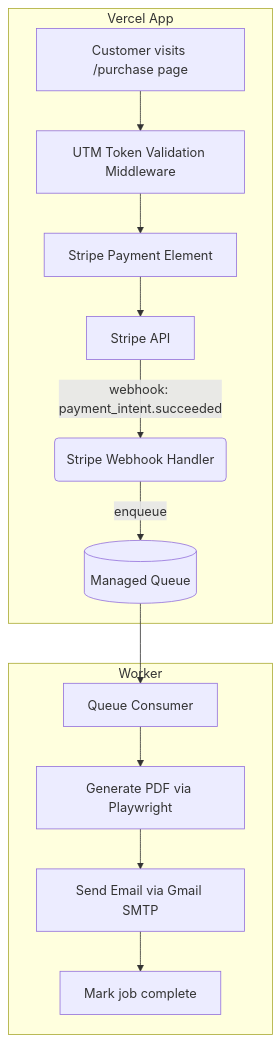
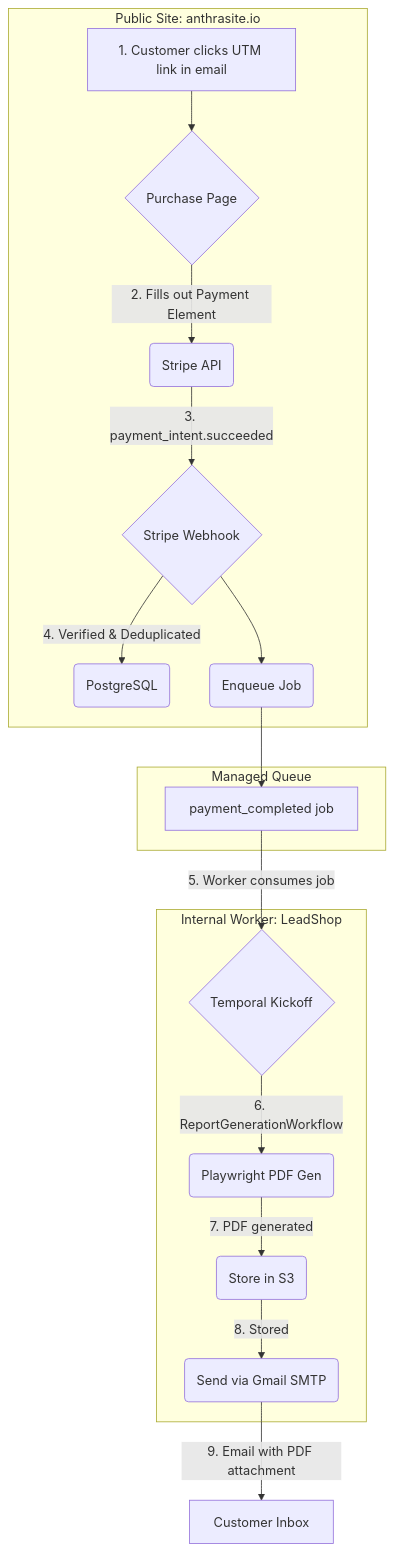
Before and after one commit to mirqtio/anthrasite.io: the diagram in SYSTEM.md, drawn with Mermaid. The commit also changed other lines of this file and 21 other files, not shown here.

````diff
--- a/SYSTEM.md
+++ b/SYSTEM.md
@@ -34,17 +22,23 @@
 ```mermaid
 graph TD
-    subgraph Vercel App
-        A[Customer visits /purchase page] --> M[UTM Token Validation Middleware];
-        M --> B[Stripe Payment Element];
-        B --> C[Stripe API];
-        C -- webhook: payment_intent.succeeded --> D(Stripe Webhook Handler);
-        D -->|enqueue| E[(Managed Queue)];
+    subgraph Vercel [Public Site: anthrasite.io]
+        A[1. Customer clicks UTM link in email] --> B{Purchase Page};
+        B -- 2. Fills out Payment Element --> C(Stripe API);
+        C -- 3. payment_intent.succeeded --> D{Stripe Webhook};
+        D -- 4. Verified & Deduplicated --> E(PostgreSQL);
+        D --> F(Enqueue Job);
     end
 
-    subgraph Worker
-        E --> F[Queue Consumer];
-        F --> G[Generate PDF via Playwright];
-        G --> H[Send Email via Gmail SMTP];
-        H --> I[Mark job complete];
+    subgraph Queue [Managed Queue]
+        F --> G[payment_completed job];
     end
+
+    subgraph MacMini [Internal Worker: LeadShop]
+        G -- 5. Worker consumes job --> H{Temporal Kickoff};
+        H -- 6. ReportGenerationWorkflow --> I(Playwright PDF Gen);
+        I -- 7. PDF generated --> J(Store in S3);
+        J -- 8. Stored --> K(Send via Gmail SMTP);
+    end
+
+    K -- 9. Email with PDF attachment --> L[Customer Inbox];
 ```
````
